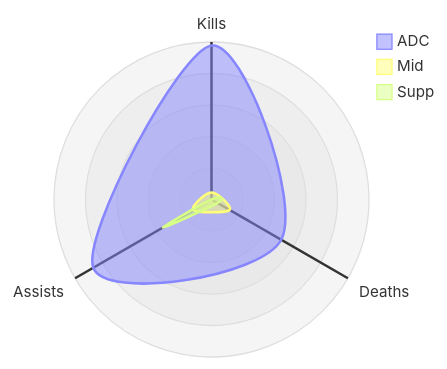
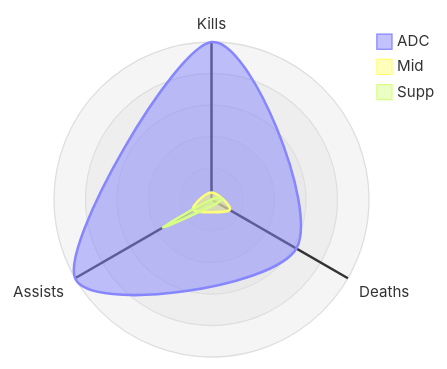
One commit to flowinho/zensical-website changed the second of 4 diagrams in docs/gaming/wild-rift.md. Above: the diagram before and after it, drawn with Mermaid. The commit also changed other lines of this file, not shown here.

````diff
--- a/docs/gaming/wild-rift.md
+++ b/docs/gaming/wild-rift.md
@@ -22,16 +22,16 @@
 ```mermaid
 ---
 config:
   radar:
     width: 250
     height: 250
 ---
 radar-beta
   axis k["Kills"], d["Deaths"], a["Assists"]
-  curve a["ADC"]{44, 23, 39}
+  curve a["ADC"]{48, 28, 54}
   curve m["Mid"]{2, 6, 6}
   curve s["Supp"]{0, 2, 16}
 
   max 45
   min 0
 ```
````
